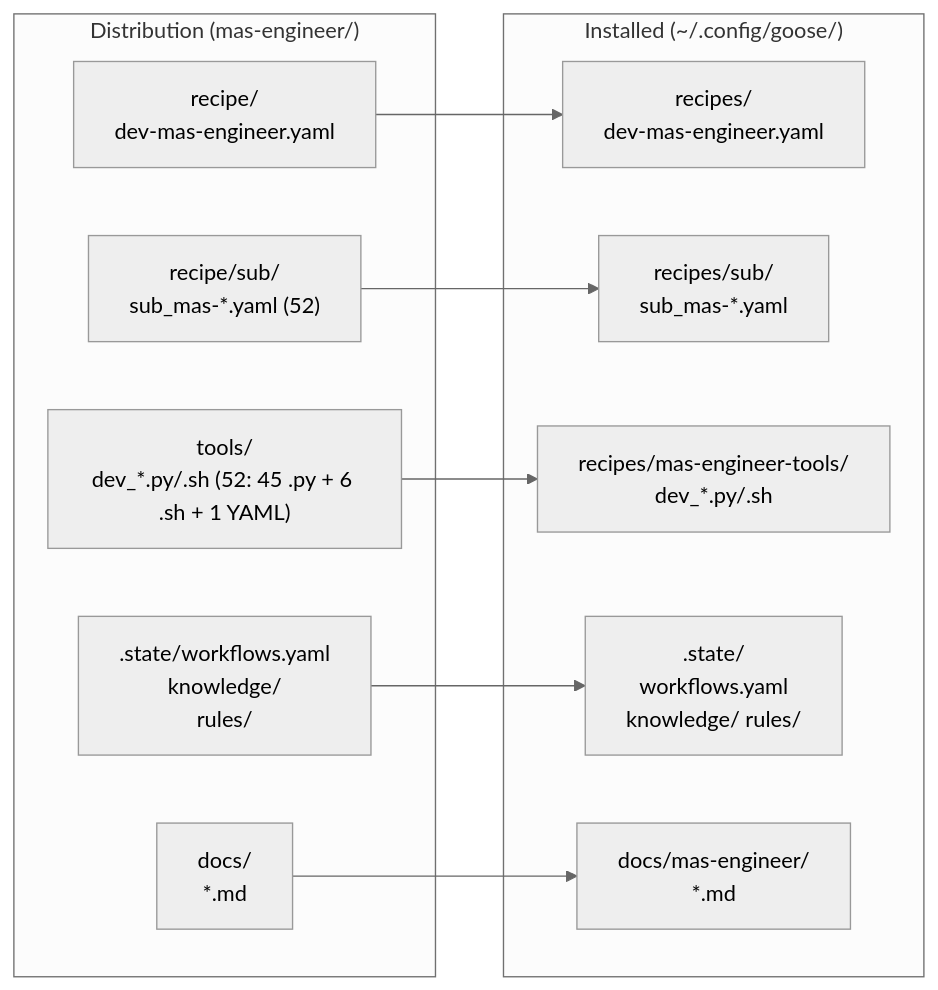
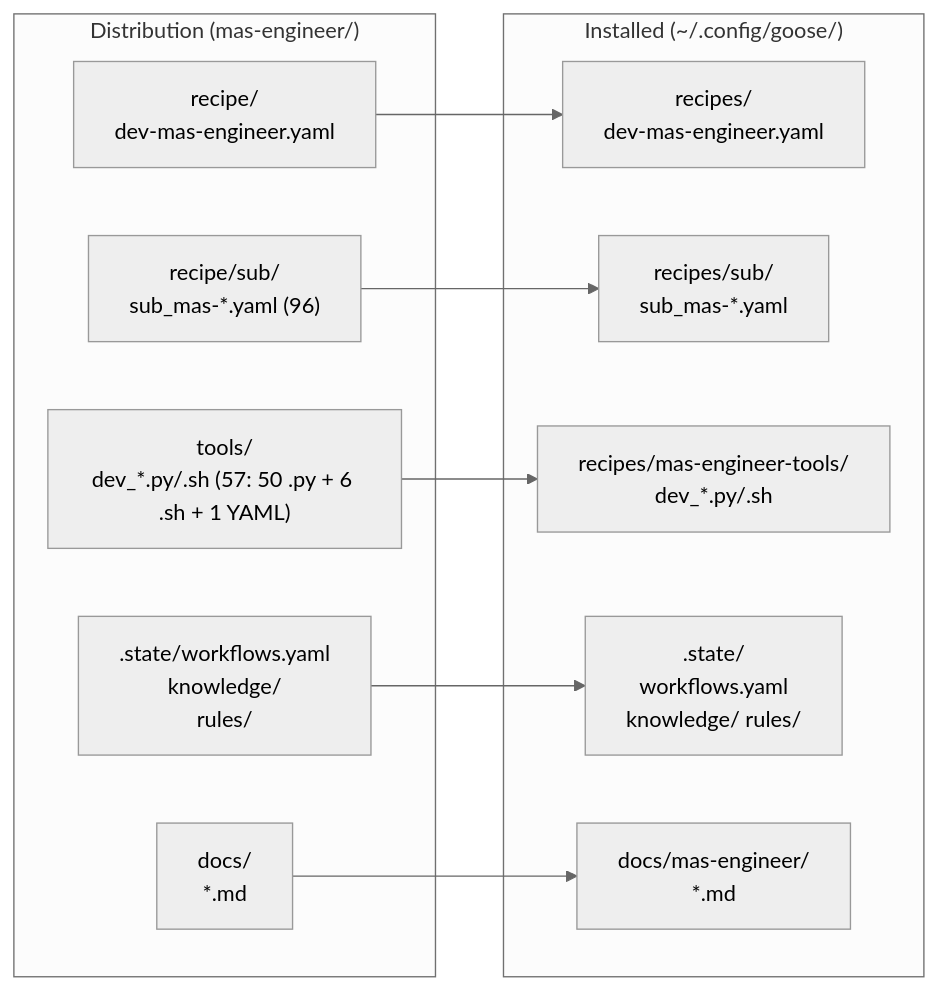
Before and after one commit to mczardybon/mas-engineer: the second of 2 diagrams in docs/installation.md, drawn with Mermaid (neutral theme). The commit also changed other lines of this file and 14 other files, not shown here.

````diff
--- a/docs/installation.md
+++ b/docs/installation.md
@@ -50,23 +50,23 @@
 ```mermaid
 flowchart LR
     subgraph SOURCE["Distribution (mas-engineer/)"]
         S1["recipe/\ndev-mas-engineer.yaml"]
-        S2["recipe/sub/\nsub_mas-*.yaml (52)"]
-        S3["tools/\ndev_*.py/.sh (52: 45 .py + 6 .sh + 1 YAML)"]
+        S2["recipe/sub/\nsub_mas-*.yaml (96)"]
+        S3["tools/\ndev_*.py/.sh (57: 50 .py + 6 .sh + 1 YAML)"]
         S4[".state/workflows.yaml\nknowledge/\n rules/"]
         S5["docs/\n*.md"]
     end
     subgraph DEST["Installed (~/.config/goose/)"]
         D1["recipes/\ndev-mas-engineer.yaml"]
         D2["recipes/sub/\nsub_mas-*.yaml"]
         D3["recipes/mas-engineer-tools/\ndev_*.py/.sh"]
         D4[".state/\nworkflows.yaml\nknowledge/ rules/"]
         D5["docs/mas-engineer/\n*.md"]
     end
 
     S1 --> D1
     S2 --> D2
     S3 --> D3
     S4 --> D4
     S5 --> D5
 ```
````
